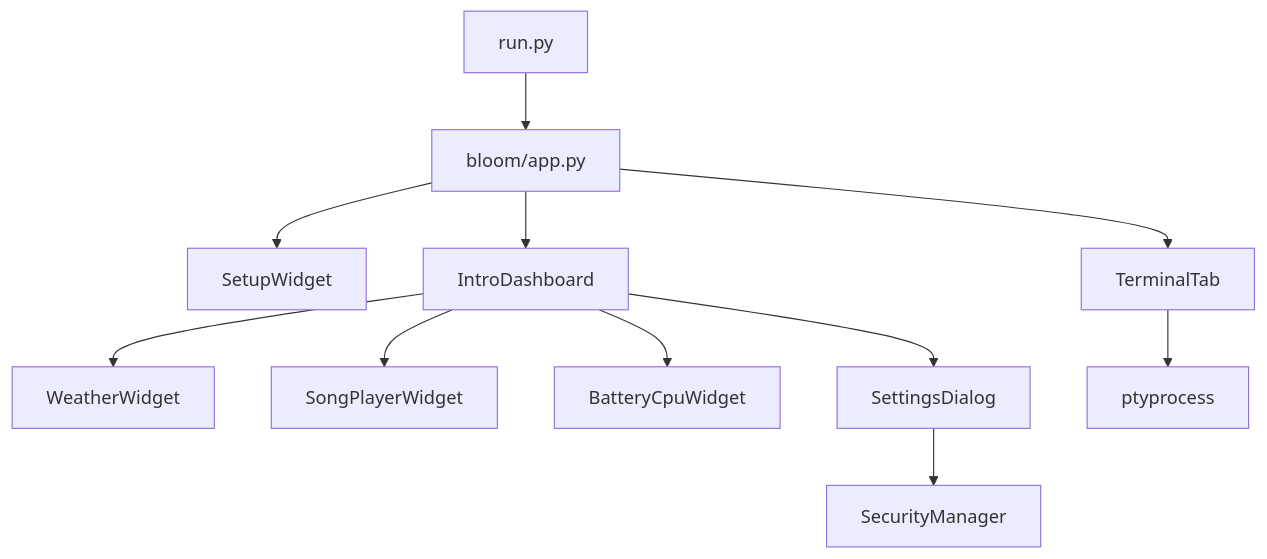
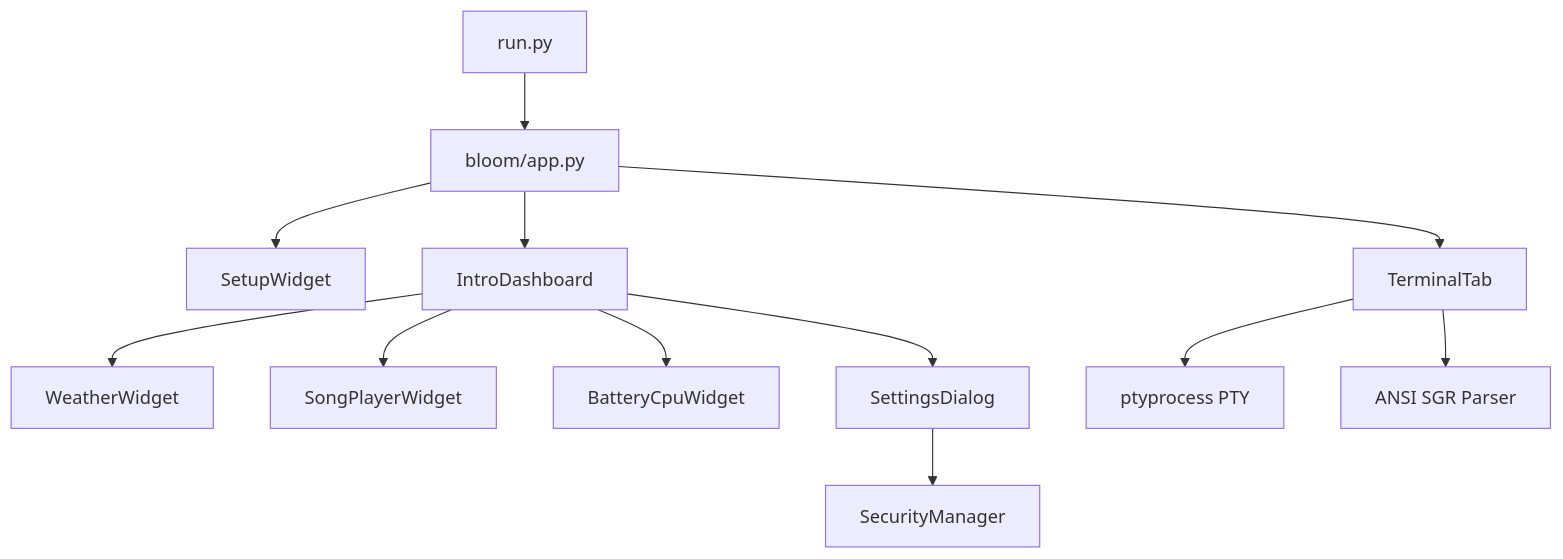
One commit to Aaryanbanskota/Bloom-terminal changed the first of 3 diagrams in README.md. Above: the diagram before and after it, drawn with Mermaid. The commit also changed other lines of this file and 4 other files, not shown here.

````diff
--- a/README.md
+++ b/README.md
@@ -60,13 +187,14 @@
 ```mermaid
 graph TD
     A[run.py] --> B[bloom/app.py]
     B --> C[SetupWidget]
     B --> D[IntroDashboard]
     B --> E[TerminalTab]
     D --> F[WeatherWidget]
     D --> G[SongPlayerWidget]
     D --> H[BatteryCpuWidget]
     D --> I[SettingsDialog]
-    E --> J[ptyprocess]
-    I --> K[SecurityManager]
+    E --> J[ptyprocess PTY]
+    E --> K[ANSI SGR Parser]
+    I --> L[SecurityManager]
 ```
````
